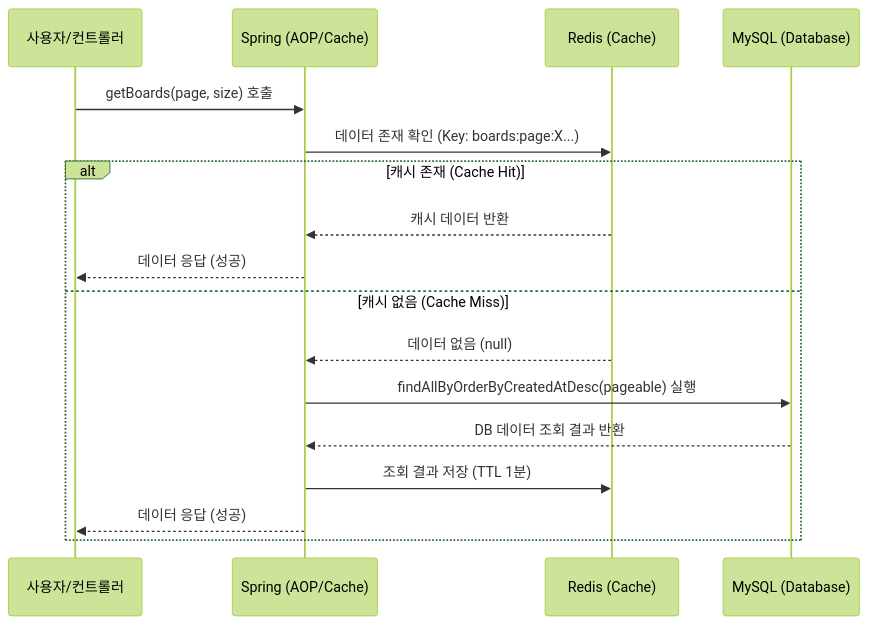
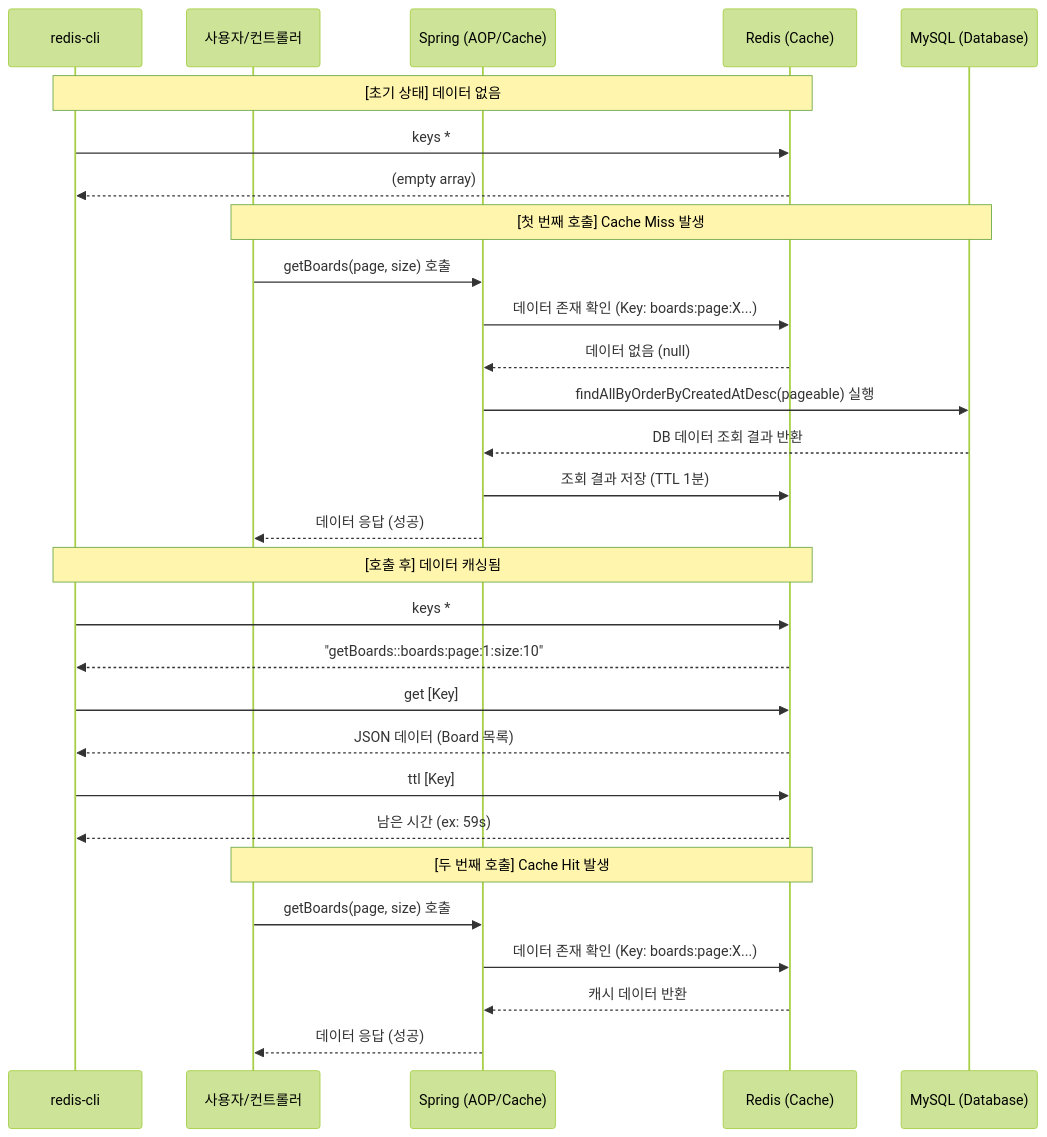
The diagram in docs/02-spring-boot-redis/02-redis-integration.md (muzzaiwork/redis), drawn with Mermaid (forest theme) before and after one commit. The commit also changed other lines of this file, not shown here.

Commit message:
docs: merge redis-cli commands into sequence diagram

````diff
--- a/docs/02-spring-boot-redis/02-redis-integration.md
+++ b/docs/02-spring-boot-redis/02-redis-integration.md
@@ -126,21 +126,35 @@
 ```mermaid
 sequenceDiagram
+    participant CLI as redis-cli
     participant Client as 사용자/컨트롤러
     participant Spring as Spring (AOP/Cache)
     participant Redis as Redis (Cache)
     participant DB as MySQL (Database)
 
+    Note over CLI, Redis: [초기 상태] 데이터 없음
+    CLI->>Redis: keys *
+    Redis-->>CLI: (empty array)
+
+    Note over Client, DB: [첫 번째 호출] Cache Miss 발생
     Client->>Spring: getBoards(page, size) 호출
     Spring->>Redis: 데이터 존재 확인 (Key: boards:page:X...)
-    
-    alt 캐시 존재 (Cache Hit)
-        Redis-->>Spring: 캐시 데이터 반환
-        Spring-->>Client: 데이터 응답 (성공)
-    else 캐시 없음 (Cache Miss)
-        Redis-->>Spring: 데이터 없음 (null)
-        Spring->>DB: findAllByOrderByCreatedAtDesc(pageable) 실행
-        DB-->>Spring: DB 데이터 조회 결과 반환
-        Spring->>Redis: 조회 결과 저장 (TTL 1분)
-        Spring-->>Client: 데이터 응답 (성공)
-    end
+    Redis-->>Spring: 데이터 없음 (null)
+    Spring->>DB: findAllByOrderByCreatedAtDesc(pageable) 실행
+    DB-->>Spring: DB 데이터 조회 결과 반환
+    Spring->>Redis: 조회 결과 저장 (TTL 1분)
+    Spring-->>Client: 데이터 응답 (성공)
+
+    Note over CLI, Redis: [호출 후] 데이터 캐싱됨
+    CLI->>Redis: keys *
+    Redis-->>CLI: "getBoards::boards:page:1:size:10"
+    CLI->>Redis: get [Key]
+    Redis-->>CLI: JSON 데이터 (Board 목록)
+    CLI->>Redis: ttl [Key]
+    Redis-->>CLI: 남은 시간 (ex: 59s)
+
+    Note over Client, Redis: [두 번째 호출] Cache Hit 발생
+    Client->>Spring: getBoards(page, size) 호출
+    Spring->>Redis: 데이터 존재 확인 (Key: boards:page:X...)
+    Redis-->>Spring: 캐시 데이터 반환
+    Spring-->>Client: 데이터 응답 (성공)
 ```
````
